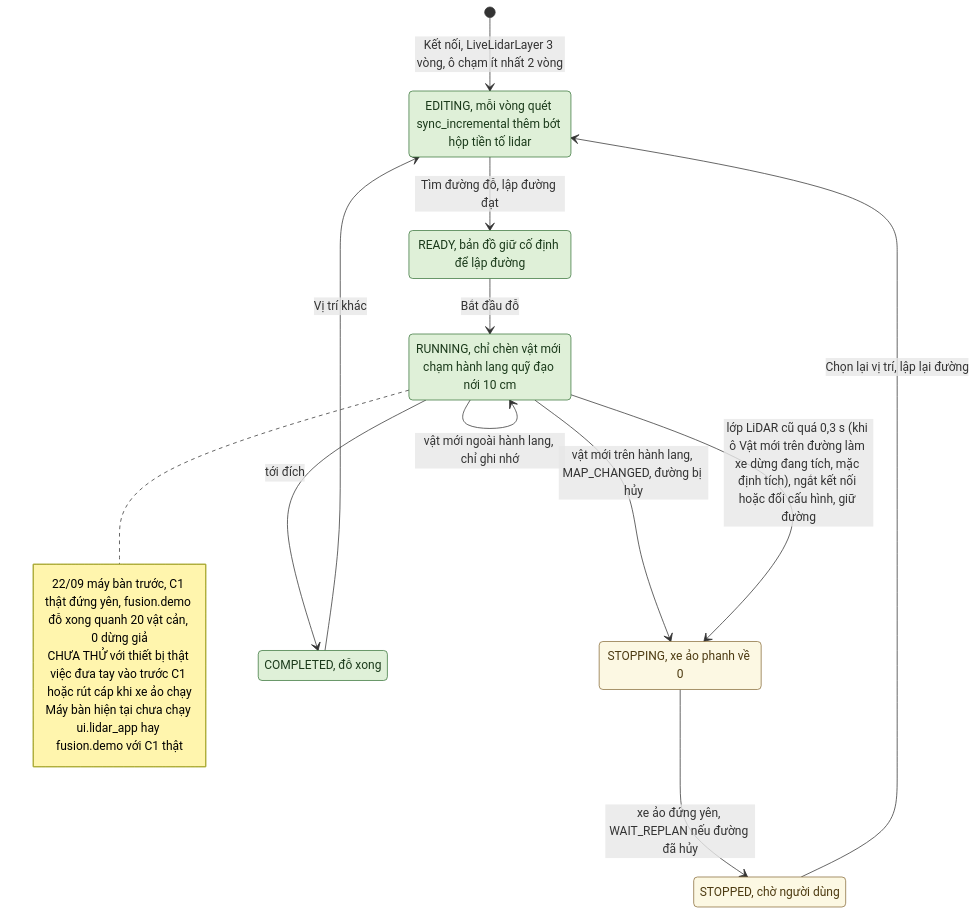
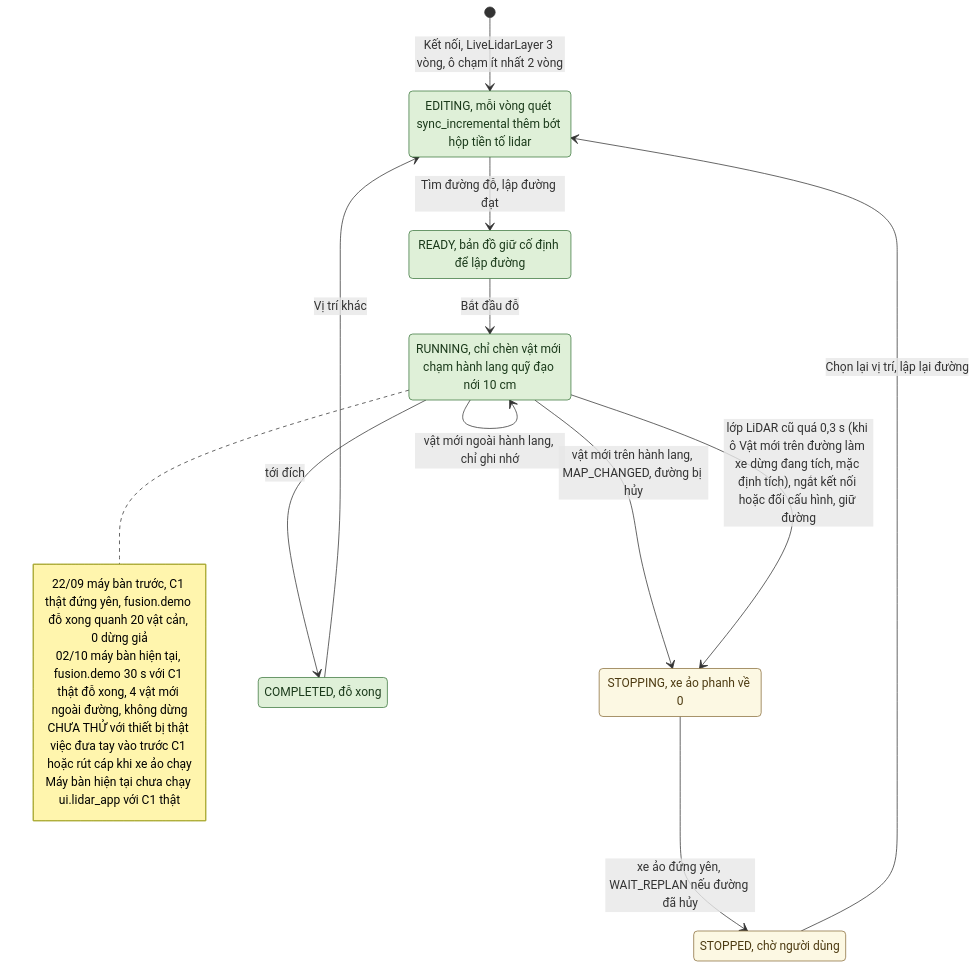
Diagram 20 of 50 in autopark/docs/SO_DO_HE_THONG.md (thbn12082/autopark), drawn with Mermaid before and after one commit. The commit also changed other lines of this file and 223 other files, not shown here.

````diff
--- a/autopark/docs/SO_DO_HE_THONG.md
+++ b/autopark/docs/SO_DO_HE_THONG.md
@@ -1191,29 +1418,30 @@
 ```mermaid
 stateDiagram-v2
     state "EDITING, mỗi vòng quét sync_incremental thêm bớt hộp tiền tố lidar" as EDITING
     state "READY, bản đồ giữ cố định để lập đường" as READY
     state "RUNNING, chỉ chèn vật mới chạm hành lang quỹ đạo nới 10 cm" as RUNNING
     state "STOPPING, xe ảo phanh về 0" as STOPPING
     state "STOPPED, chờ người dùng" as STOPPED
     state "COMPLETED, đỗ xong" as COMPLETED
     [*] --> EDITING: Kết nối, LiveLidarLayer 3 vòng, ô chạm ít nhất 2 vòng
     EDITING --> READY: Tìm đường đỗ, lập đường đạt
     READY --> RUNNING: Bắt đầu đỗ
     RUNNING --> RUNNING: vật mới ngoài hành lang, chỉ ghi nhớ
     RUNNING --> STOPPING: vật mới trên hành lang, MAP_CHANGED, đường bị hủy
     RUNNING --> STOPPING: lớp LiDAR cũ quá 0,3 s (khi ô Vật mới trên đường làm xe dừng đang tích, mặc định tích), ngắt kết nối hoặc đổi cấu hình, giữ đường
     RUNNING --> COMPLETED: tới đích
     STOPPING --> STOPPED: xe ảo đứng yên, WAIT_REPLAN nếu đường đã hủy
     STOPPED --> EDITING: Chọn lại vị trí, lập lại đường
     COMPLETED --> EDITING: Vị trí khác
     note right of RUNNING
         22/09 máy bàn trước, C1 thật đứng yên, fusion.demo đỗ xong quanh 20 vật cản, 0 dừng giả
+        02/10 máy bàn hiện tại, fusion.demo 30 s với C1 thật đỗ xong, 4 vật mới ngoài đường, không dừng
         CHƯA THỬ với thiết bị thật việc đưa tay vào trước C1 hoặc rút cáp khi xe ảo chạy
-        Máy bàn hiện tại chưa chạy ui.lidar_app hay fusion.demo với C1 thật
+        Máy bàn hiện tại chưa chạy ui.lidar_app với C1 thật
     end note
     classDef daco fill:#dff0d8,stroke:#3c763d,color:#1b3a1b
     classDef giaLap fill:#fcf8e3,stroke:#8a6d3b,color:#4d3b12
     classDef chuaLam fill:#f2dede,stroke:#a94442,color:#4d1a1a,stroke-dasharray: 4 3
     class EDITING,READY,RUNNING,COMPLETED daco
     class STOPPING,STOPPED giaLap
 ```
````
